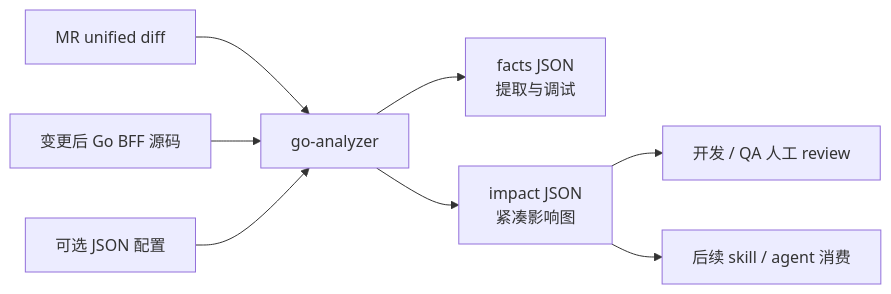
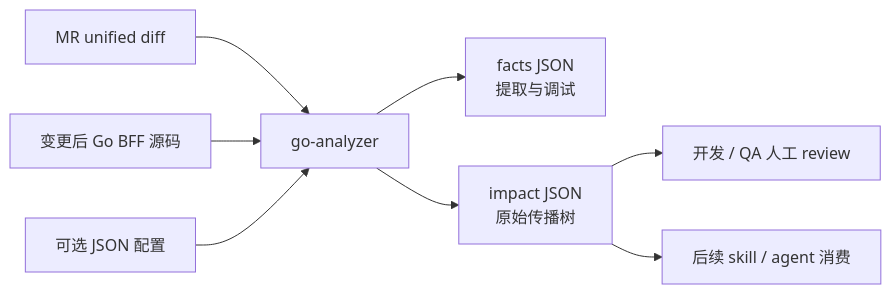
One commit to Flying-Bird1999/go-analyzer changed the first of 5 diagrams in ARCHITECTURE.md. Above: the diagram before and after it, drawn with Mermaid. The commit also changed other lines of this file and 14 other files, not shown here.

````diff
--- a/ARCHITECTURE.md
+++ b/ARCHITECTURE.md
@@ -79,10 +79,10 @@
 ```mermaid
 flowchart LR
     MR["MR unified diff"] --> Analyzer["go-analyzer"]
     Head["变更后 Go BFF 源码"] --> Analyzer
     Config["可选 JSON 配置"] --> Analyzer
     Analyzer --> Facts["facts JSON<br/>提取与调试"]
-    Analyzer --> Impact["impact JSON<br/>紧凑影响图"]
+    Analyzer --> Impact["impact JSON<br/>原始传播树"]
     Impact --> Human["开发 / QA 人工 review"]
     Impact --> Agent["后续 skill / agent 消费"]
 ```
````
